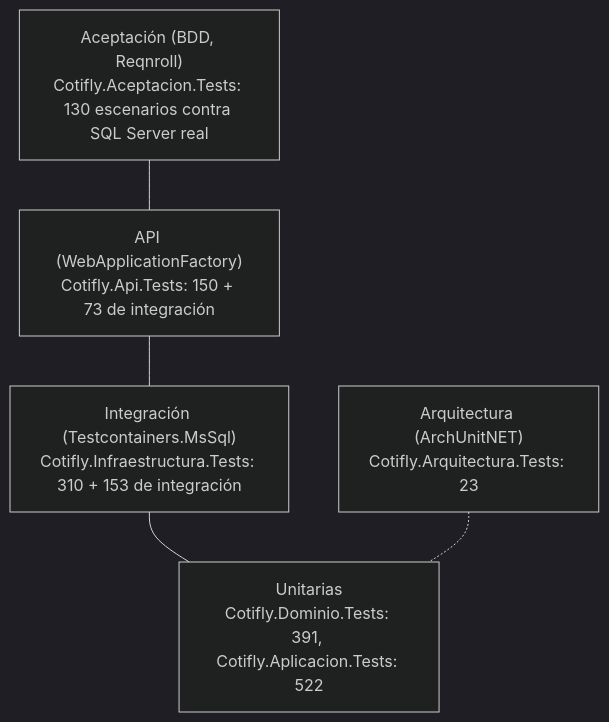
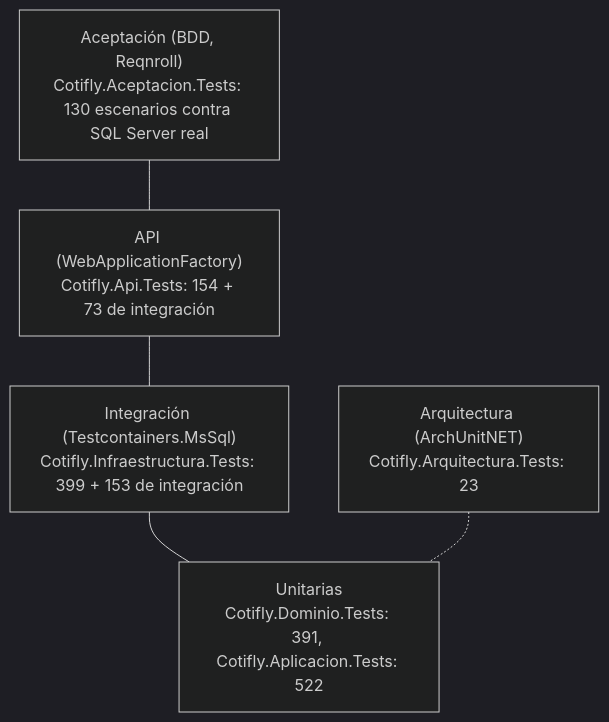
One commit to InnovacionIA-proyectos/Cotifly changed the diagram in backend-dotnet/docs/08-testing.md. Above: the diagram before and after it, drawn with Mermaid (dark theme). The commit also changed other lines of this file and 9 other files, not shown here.

````diff
--- a/backend-dotnet/docs/08-testing.md
+++ b/backend-dotnet/docs/08-testing.md
@@ -19,10 +19,10 @@
 ```mermaid
 flowchart TB
     acep["Aceptación (BDD, Reqnroll)<br/>Cotifly.Aceptacion.Tests: 130 escenarios contra SQL Server real"]
-    api["API (WebApplicationFactory)<br/>Cotifly.Api.Tests: 150 + 73 de integración"]
-    integ["Integración (Testcontainers.MsSql)<br/>Cotifly.Infraestructura.Tests: 310 + 153 de integración"]
+    api["API (WebApplicationFactory)<br/>Cotifly.Api.Tests: 154 + 73 de integración"]
+    integ["Integración (Testcontainers.MsSql)<br/>Cotifly.Infraestructura.Tests: 399 + 153 de integración"]
     unit["Unitarias<br/>Cotifly.Dominio.Tests: 391, Cotifly.Aplicacion.Tests: 522"]
     arq["Arquitectura (ArchUnitNET)<br/>Cotifly.Arquitectura.Tests: 23"]
     acep --- api --- integ --- unit
     arq -.- unit
 ```
````
